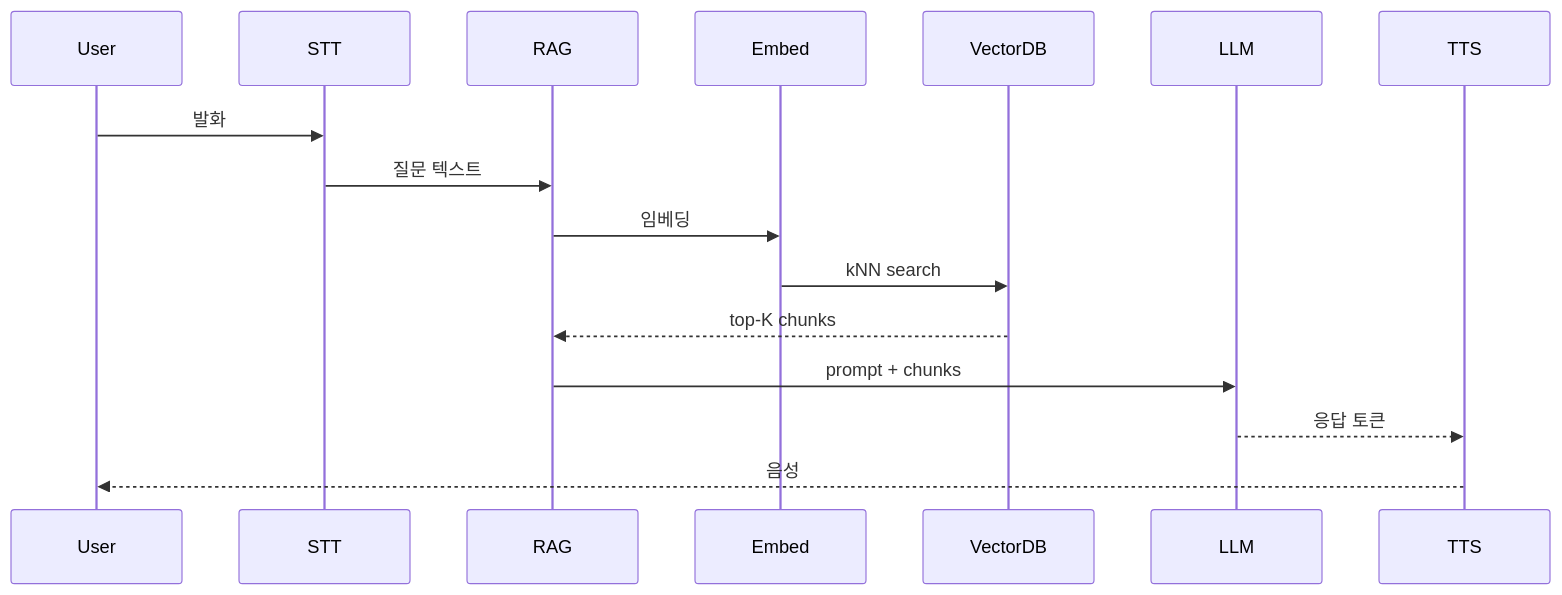
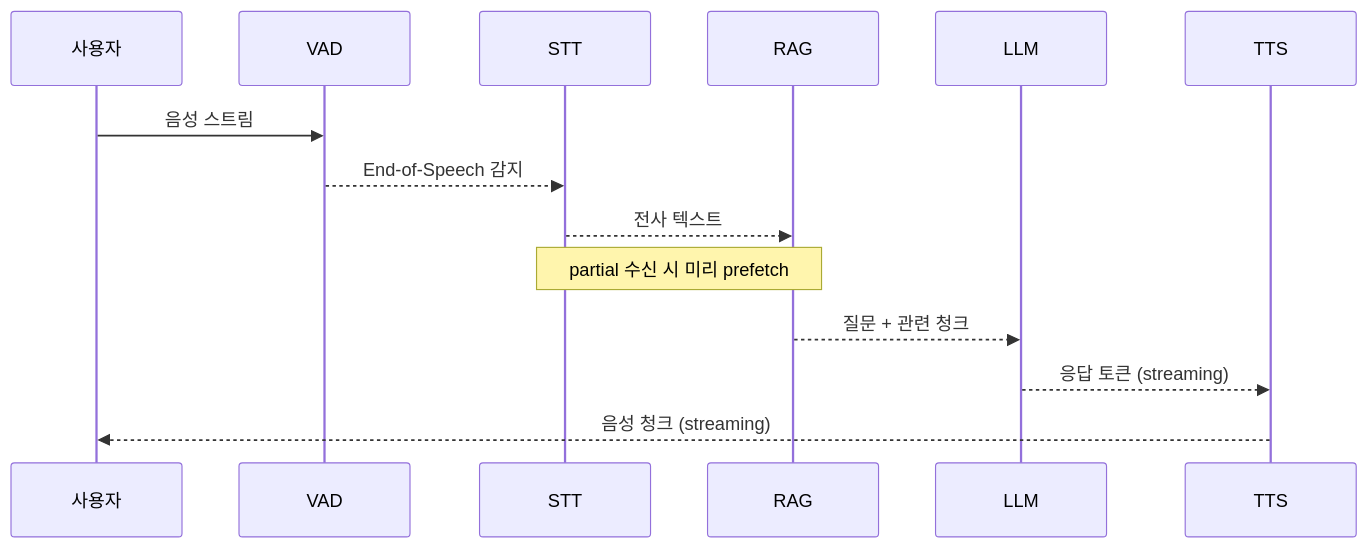
One commit to shinkeonkim/shinkeonkim.github.io changed the first of 5 diagrams in src/content/wiki/ai/voice-rag.mdx. Above: the diagram before and after it, drawn with Mermaid. The commit also changed other lines of this file and 526 other files, not shown here.

First line of the commit message:
content(wiki): 전수조사 및 대규모 보강 (짧은 파일 0, mermaid +645)

````diff
--- a/src/content/wiki/ai/voice-rag.mdx
+++ b/src/content/wiki/ai/voice-rag.mdx
@@ -23,11 +31,17 @@
 ```mermaid
 sequenceDiagram
-    User->>STT: 발화
-    STT->>RAG: 질문 텍스트
-    RAG->>Embed: 임베딩
-    Embed->>VectorDB: kNN search
-    VectorDB-->>RAG: top-K chunks
-    RAG->>LLM: prompt + chunks
-    LLM-->>TTS: 응답 토큰
-    TTS-->>User: 음성
+    participant User as 사용자
+    participant VAD as VAD
+    participant STT as STT
+    participant RAG as RAG
+    participant LLM as LLM
+    participant TTS as TTS
+
+    User->>VAD: 음성 스트림
+    VAD-->>STT: End-of-Speech 감지
+    STT-->>RAG: 전사 텍스트
+    Note over STT,RAG: partial 수신 시 미리 prefetch
+    RAG-->>LLM: 질문 + 관련 청크
+    LLM-->>TTS: 응답 토큰 (streaming)
+    TTS-->>User: 음성 청크 (streaming)
 ```
````
